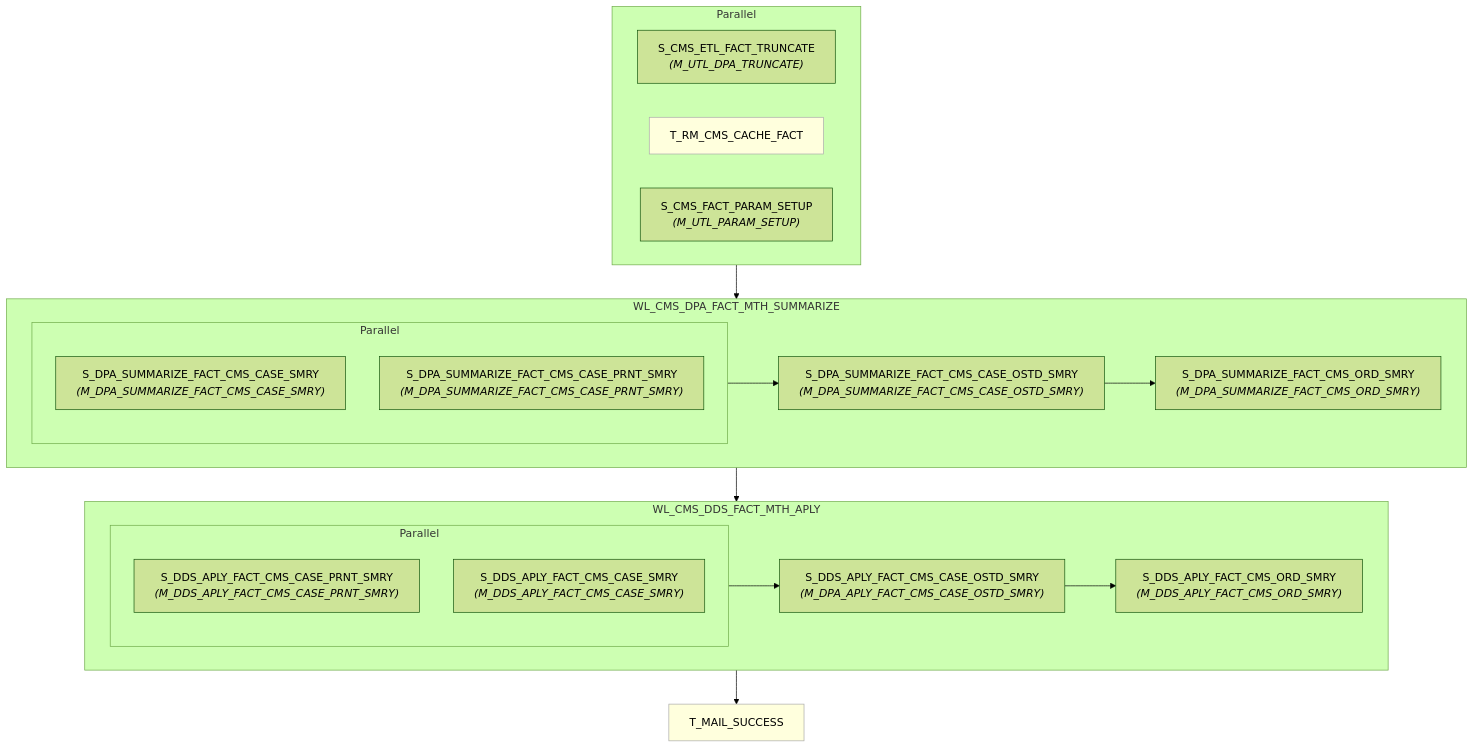
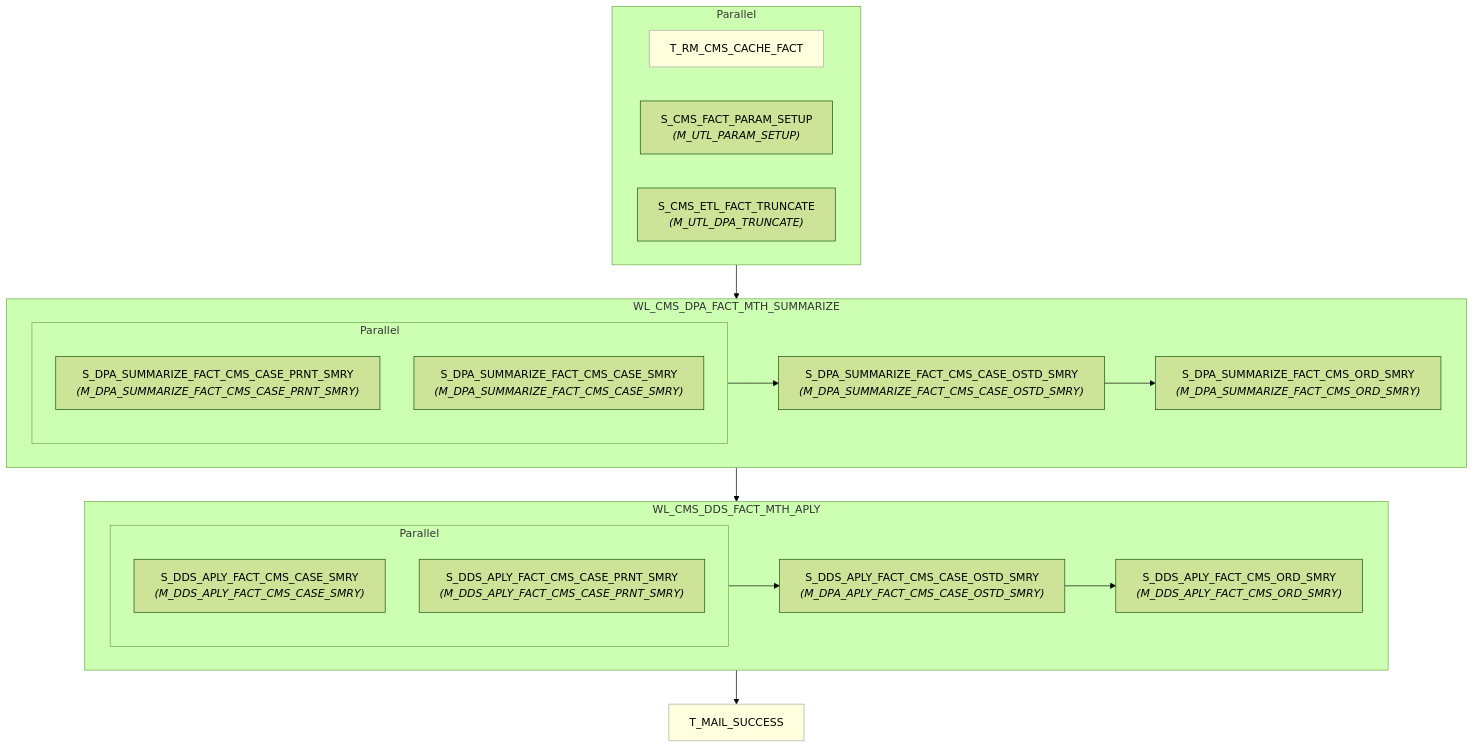
Before and after one commit to asl-adamxu/informatica-sparker-poc: the diagram in informatica/PowerCenter_workflows/dds/WF_CMS_DDS_APLY_MTH_SPARK/wf_cms_dds_aply_mth.md, drawn with Mermaid (forest theme). The commit also changed 3 other files, not shown here.

````diff
--- a/informatica/PowerCenter_workflows/dds/WF_CMS_DDS_APLY_MTH_SPARK/wf_cms_dds_aply_mth.md
+++ b/informatica/PowerCenter_workflows/dds/WF_CMS_DDS_APLY_MTH_SPARK/wf_cms_dds_aply_mth.md
@@ -7,41 +7,41 @@
 ```mermaid
 flowchart TD
-    n1["S_CMS_ETL_FACT_TRUNCATE<br/><i>(M_UTL_DPA_TRUNCATE)</i>"]
-    n2["T_RM_CMS_CACHE_FACT"]
-    style n2 fill:#ffd,stroke:#aaa,stroke-width:1px
-    n3["S_CMS_FACT_PARAM_SETUP<br/><i>(M_UTL_PARAM_SETUP)</i>"]
+    n1["T_RM_CMS_CACHE_FACT"]
+    style n1 fill:#ffd,stroke:#aaa,stroke-width:1px
+    n2["S_CMS_FACT_PARAM_SETUP<br/><i>(M_UTL_PARAM_SETUP)</i>"]
+    n3["S_CMS_ETL_FACT_TRUNCATE<br/><i>(M_UTL_DPA_TRUNCATE)</i>"]
     subgraph pg4[Parallel]
         n1
         n2
         n3
     end
     subgraph wkl5["WL_CMS_DPA_FACT_MTH_SUMMARIZE"]
-    n6["S_DPA_SUMMARIZE_FACT_CMS_CASE_SMRY<br/><i>(M_DPA_SUMMARIZE_FACT_CMS_CASE_SMRY)</i>"]
-    n7["S_DPA_SUMMARIZE_FACT_CMS_CASE_PRNT_SMRY<br/><i>(M_DPA_SUMMARIZE_FACT_CMS_CASE_PRNT_SMRY)</i>"]
+    n6["S_DPA_SUMMARIZE_FACT_CMS_CASE_PRNT_SMRY<br/><i>(M_DPA_SUMMARIZE_FACT_CMS_CASE_PRNT_SMRY)</i>"]
+    n7["S_DPA_SUMMARIZE_FACT_CMS_CASE_SMRY<br/><i>(M_DPA_SUMMARIZE_FACT_CMS_CASE_SMRY)</i>"]
     subgraph pg8[Parallel]
         n6
         n7
     end
     n9["S_DPA_SUMMARIZE_FACT_CMS_CASE_OSTD_SMRY<br/><i>(M_DPA_SUMMARIZE_FACT_CMS_CASE_OSTD_SMRY)</i>"]
     n10["S_DPA_SUMMARIZE_FACT_CMS_ORD_SMRY<br/><i>(M_DPA_SUMMARIZE_FACT_CMS_ORD_SMRY)</i>"]
         pg8 --> n9
         n9 --> n10
     end
     subgraph wkl11["WL_CMS_DDS_FACT_MTH_APLY"]
-    n12["S_DDS_APLY_FACT_CMS_CASE_PRNT_SMRY<br/><i>(M_DDS_APLY_FACT_CMS_CASE_PRNT_SMRY)</i>"]
-    n13["S_DDS_APLY_FACT_CMS_CASE_SMRY<br/><i>(M_DDS_APLY_FACT_CMS_CASE_SMRY)</i>"]
+    n12["S_DDS_APLY_FACT_CMS_CASE_SMRY<br/><i>(M_DDS_APLY_FACT_CMS_CASE_SMRY)</i>"]
+    n13["S_DDS_APLY_FACT_CMS_CASE_PRNT_SMRY<br/><i>(M_DDS_APLY_FACT_CMS_CASE_PRNT_SMRY)</i>"]
     subgraph pg14[Parallel]
         n12
         n13
     end
     n15["S_DDS_APLY_FACT_CMS_CASE_OSTD_SMRY<br/><i>(M_DPA_APLY_FACT_CMS_CASE_OSTD_SMRY)</i>"]
     n16["S_DDS_APLY_FACT_CMS_ORD_SMRY<br/><i>(M_DDS_APLY_FACT_CMS_ORD_SMRY)</i>"]
         pg14 --> n15
         n15 --> n16
     end
     n17["T_MAIL_SUCCESS"]
     style n17 fill:#ffd,stroke:#aaa,stroke-width:1px
     pg4 --> wkl5
     wkl5 --> wkl11
     wkl11 --> n17
 ```
````
